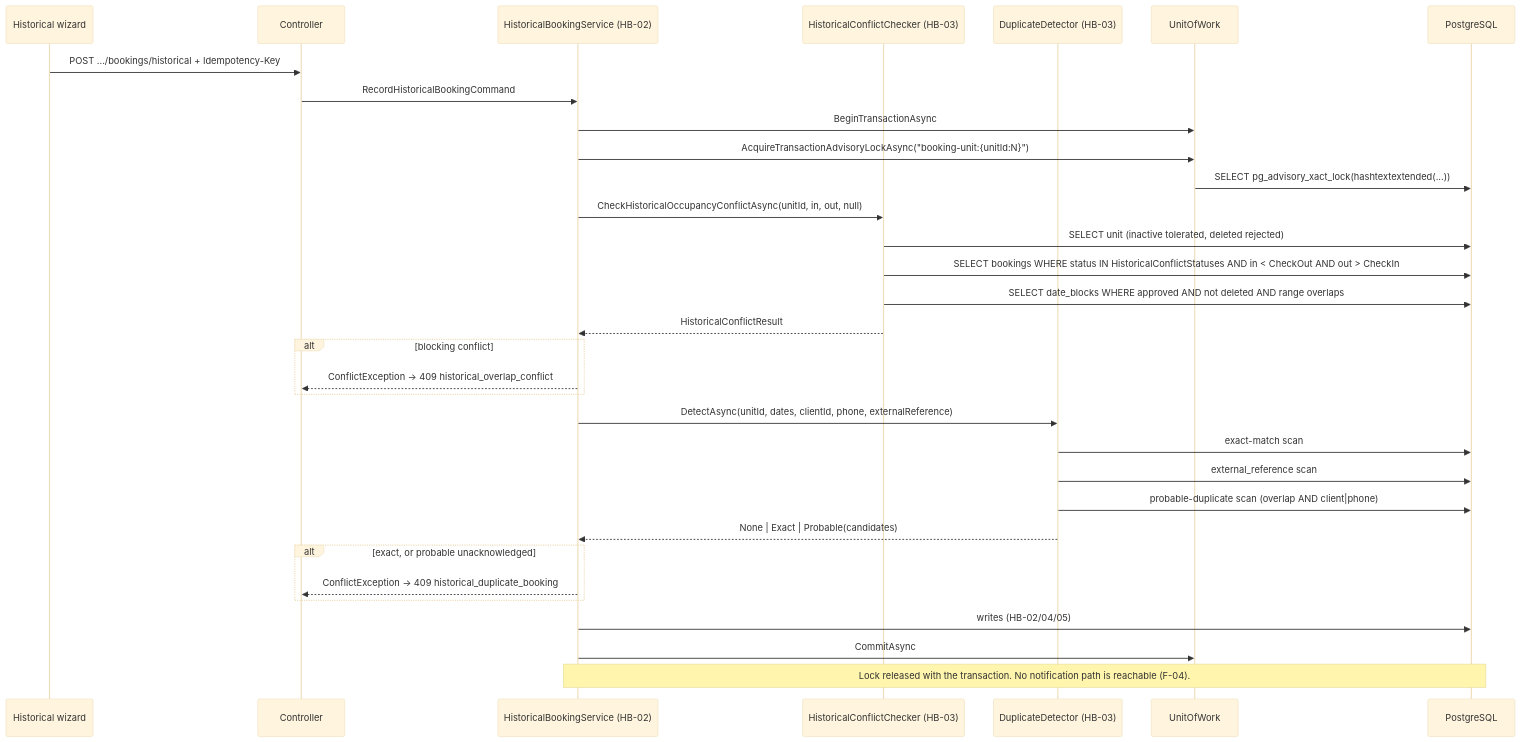
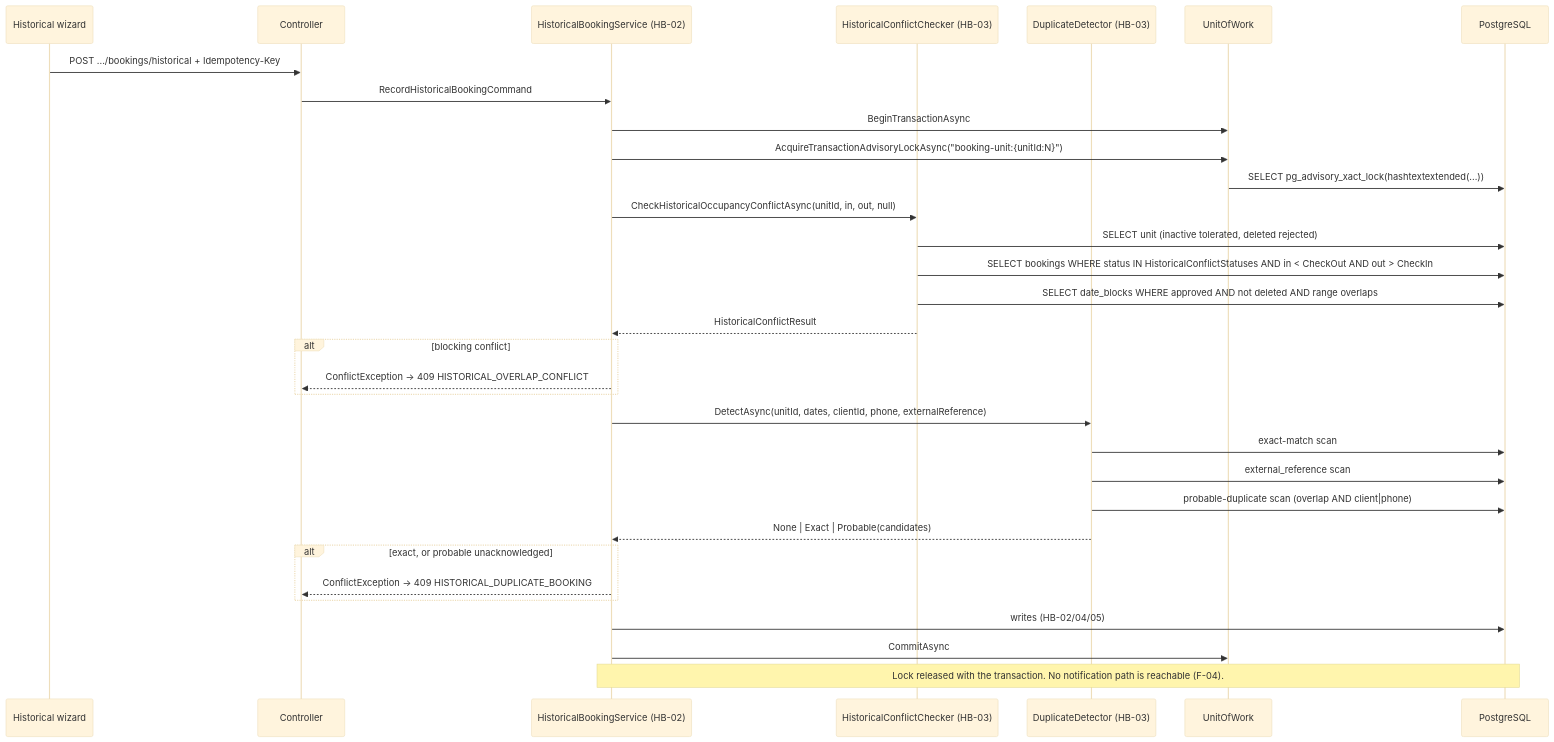
One commit to HozaifaAlmelli/REMAL changed the second of 2 diagrams in docs/plans/historical-bookings/03_TICKET_AVAILABILITY_CONFLICTS_AND_DUPLICATE_PROTECTION.md. Above: the diagram before and after it, drawn with Mermaid (base theme). The commit also changed other lines of this file and 11 other files, not shown here.

````diff
--- a/docs/plans/historical-bookings/03_TICKET_AVAILABILITY_CONFLICTS_AND_DUPLICATE_PROTECTION.md
+++ b/docs/plans/historical-bookings/03_TICKET_AVAILABILITY_CONFLICTS_AND_DUPLICATE_PROTECTION.md
@@ -602,35 +606,35 @@
 ```mermaid
 sequenceDiagram
     participant W as Historical wizard
     participant C as Controller
     participant H as HistoricalBookingService (HB-02)
     participant G as HistoricalConflictChecker (HB-03)
     participant D as DuplicateDetector (HB-03)
     participant U as UnitOfWork
     participant DB as PostgreSQL
 
     W->>C: POST .../bookings/historical + Idempotency-Key
     C->>H: RecordHistoricalBookingCommand
     H->>U: BeginTransactionAsync
     H->>U: AcquireTransactionAdvisoryLockAsync("booking-unit:{unitId:N}")
     U->>DB: SELECT pg_advisory_xact_lock(hashtextextended(...))
     H->>G: CheckHistoricalOccupancyConflictAsync(unitId, in, out, null)
     G->>DB: SELECT unit (inactive tolerated, deleted rejected)
     G->>DB: SELECT bookings WHERE status IN HistoricalConflictStatuses AND in < CheckOut AND out > CheckIn
     G->>DB: SELECT date_blocks WHERE approved AND not deleted AND range overlaps
     G-->>H: HistoricalConflictResult
     alt blocking conflict
-        H-->>C: ConflictException -> 409 historical_overlap_conflict
+        H-->>C: ConflictException -> 409 HISTORICAL_OVERLAP_CONFLICT
     end
     H->>D: DetectAsync(unitId, dates, clientId, phone, externalReference)
     D->>DB: exact-match scan
     D->>DB: external_reference scan
     D->>DB: probable-duplicate scan (overlap AND client|phone)
     D-->>H: None | Exact | Probable(candidates)
     alt exact, or probable unacknowledged
-        H-->>C: ConflictException -> 409 historical_duplicate_booking
+        H-->>C: ConflictException -> 409 HISTORICAL_DUPLICATE_BOOKING
     end
     H->>DB: writes (HB-02/04/05)
     H->>U: CommitAsync
     Note over H,DB: Lock released with the transaction. No notification path is reachable (F-04).
 ```
````
